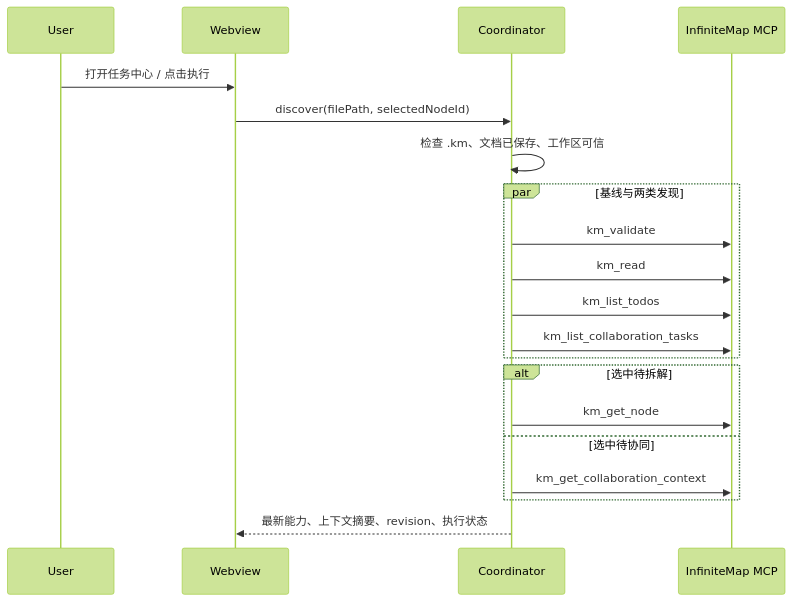
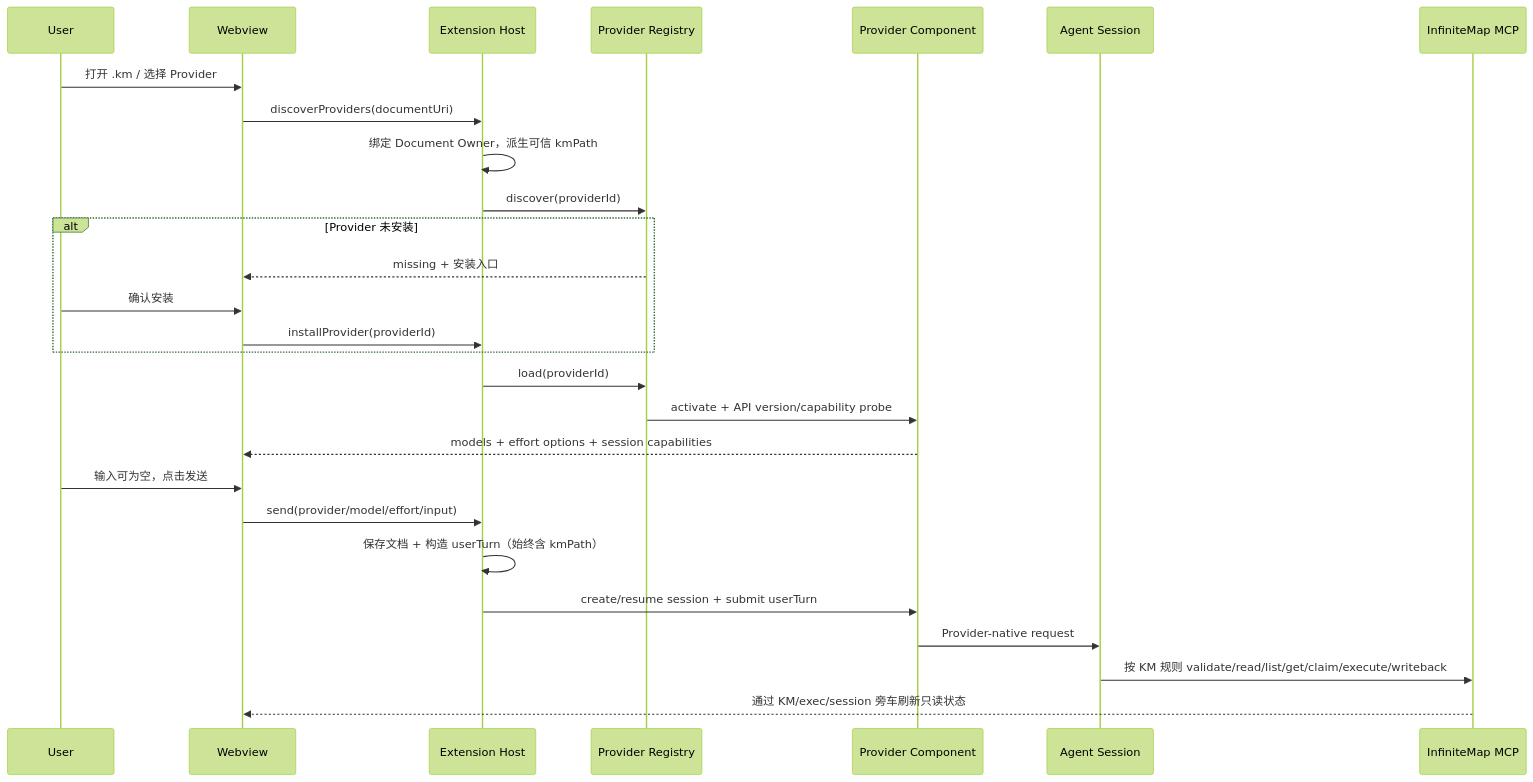
The second of 5 diagrams in docs/editor-agent-session-task-execution-design.md (QunterShion/InfiniteMap), drawn with Mermaid (forest theme) before and after one commit. The commit also changed other lines of this file, not shown here.

````diff
--- a/docs/editor-agent-session-task-execution-design.md
+++ b/docs/editor-agent-session-task-execution-design.md
@@ -381,23 +445,30 @@
 ```mermaid
 sequenceDiagram
     participant U as User
     participant W as Webview
-    participant C as Coordinator
+    participant H as Extension Host
+    participant R as Provider Registry
+    participant P as Provider Component
+    participant A as Agent Session
     participant M as InfiniteMap MCP
 
-    U->>W: 打开任务中心 / 点击执行
-    W->>C: discover(filePath, selectedNodeId)
-    C->>C: 检查 .km、文档已保存、工作区可信
-    par 基线与两类发现
-      C->>M: km_validate
-      C->>M: km_read
-      C->>M: km_list_todos
-      C->>M: km_list_collaboration_tasks
+    U->>W: 打开 .km / 选择 Provider
+    W->>H: discoverProviders(documentUri)
+    H->>H: 绑定 Document Owner，派生可信 kmPath
+    H->>R: discover(providerId)
+    alt Provider 未安装
+      R-->>W: missing + 安装入口
+      U->>W: 确认安装
+      W->>H: installProvider(providerId)
     end
-    alt 选中待拆解
-      C->>M: km_get_node
-    else 选中待协同
-      C->>M: km_get_collaboration_context
-    end
-    C-->>W: 最新能力、上下文摘要、revision、执行状态
+    H->>R: load(providerId)
+    R->>P: activate + API version/capability probe
+    P-->>W: models + effort options + session capabilities
+    U->>W: 输入可为空，点击发送
+    W->>H: send(provider/model/effort/input)
+    H->>H: 保存文档 + 构造 userTurn（始终含 kmPath）
+    H->>P: create/resume session + submit userTurn
+    P->>A: Provider-native request
+    A->>M: 按 KM 规则 validate/read/list/get/claim/execute/writeback
+    M-->>W: 通过 KM/exec/session 旁车刷新只读状态
 ```
````
